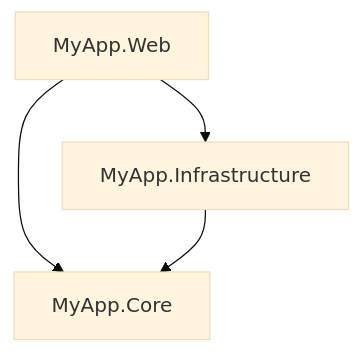
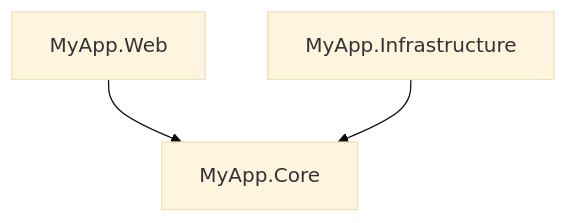
One commit to HandyS11/ProjGraph changed the first of 2 diagrams in src/ProjGraph.Cli/README.md. Above: the diagram before and after it, drawn with Mermaid (base theme). The commit also changed other lines of this file and 42 other files, not shown here.

Commit message:
Add DbContext erd generation (#4)

````diff
--- a/src/ProjGraph.Cli/README.md
+++ b/src/ProjGraph.Cli/README.md
@@ -127,6 +30,5 @@
 ```mermaid
 graph TD
     MyApp.Web --> MyApp.Core
-    MyApp.Web --> MyApp.Infrastructure
     MyApp.Infrastructure --> MyApp.Core
 ```
````
